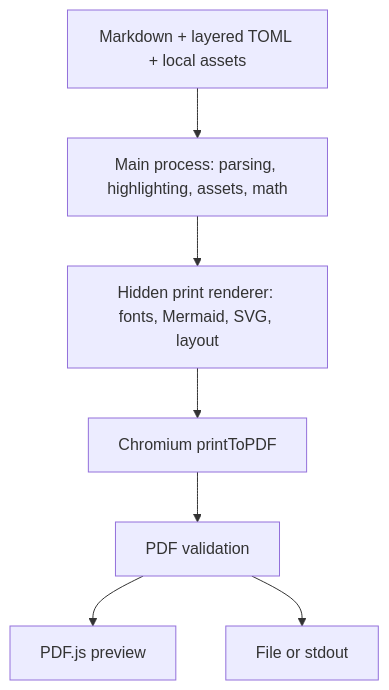
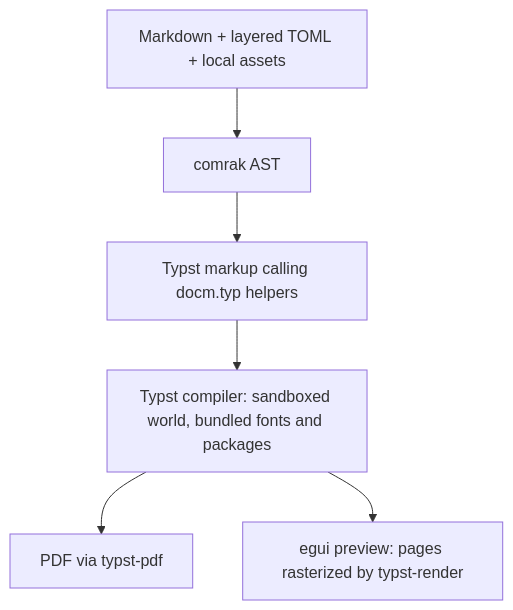
Before and after one commit to john-marinelli/docm: the diagram in LLM_README.md, drawn with Mermaid. The commit also changed other lines of this file and 441 other files, not shown here.

Commit message:
woops forgot to commit for a while, typst rewrite, convert md syntax to typst before render, convert latex and get rid of mermaid in favor of multiple typst diagramming packages

````diff
--- a/LLM_README.md
+++ b/LLM_README.md
@@ -7,9 +5,8 @@
 ```mermaid
 flowchart TD
-    A[Markdown + layered TOML + local assets] --> B[Main process: parsing, highlighting, assets, math]
-    B --> C[Hidden print renderer: fonts, Mermaid, SVG, layout]
-    C --> D[Chromium printToPDF]
-    D --> E[PDF validation]
-    E --> F[PDF.js preview]
-    E --> G[File or stdout]
+    A[Markdown + layered TOML + local assets] --> B[comrak AST]
+    B --> C[Typst markup calling docm.typ helpers]
+    C --> D[Typst compiler: sandboxed world, bundled fonts and packages]
+    D --> E[PDF via typst-pdf]
+    D --> F[egui preview: pages rasterized by typst-render]
 ```
````
